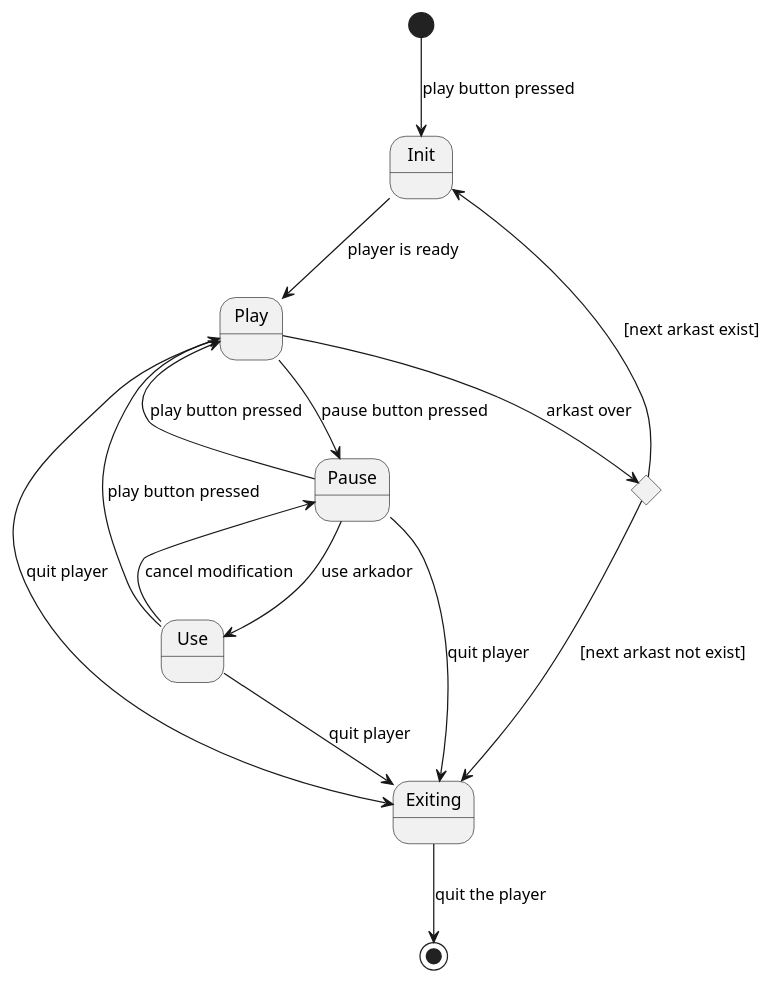
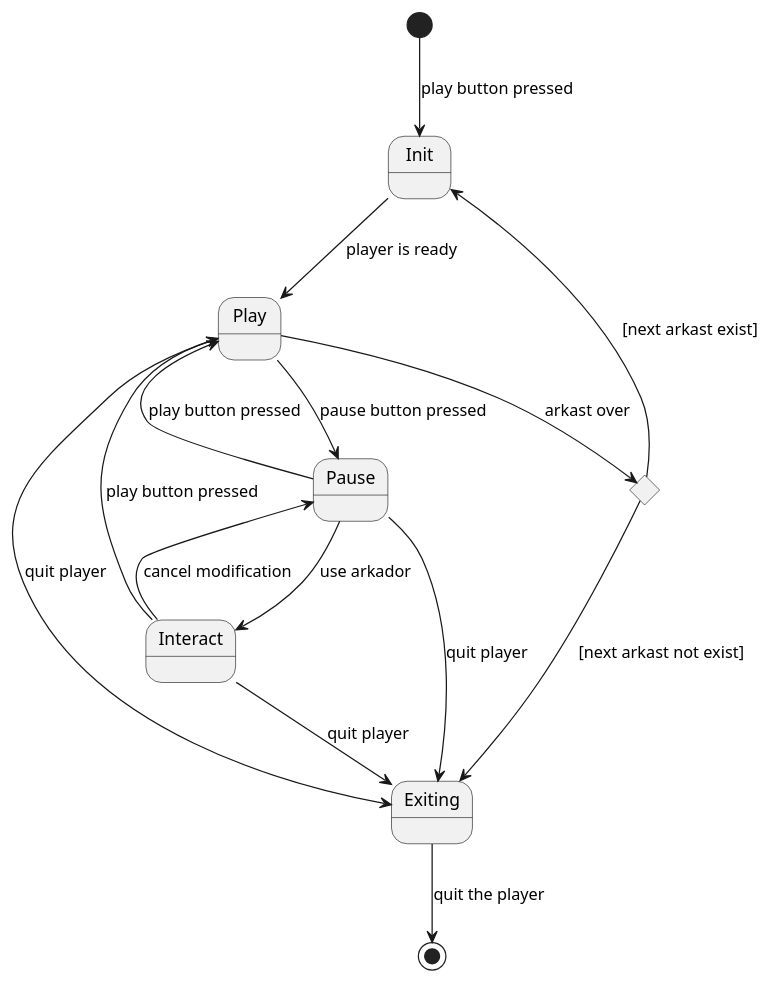
One commit to SSMM0498/arkad-conception changed the diagram in models/3.StateTransition/1.st.player.puml. Above: the diagram before and after it, drawn with PlantUML.

Commit message:
change in player use state to interact

```diff
--- a/models/3.StateTransition/1.st.player.puml
+++ b/models/3.StateTransition/1.st.player.puml
@@ -1,23 +1,23 @@
 @startuml "player state diagram"
 skinparam shadowing false
 skinparam monochrome true
 
 ' frame "st: player state diagram" {
     [*] --> Init : play button pressed
     Init --> Play : player is ready
-    Use --> Play : play button pressed
+    Interact --> Play : play button pressed
     Pause --> Play : play button pressed
     Play --> Pause : pause button pressed
-    Pause --> Use : use arkador
-    Use --> Pause : cancel modification
+    Pause --> Interact : use arkador
+    Interact --> Pause : cancel modification
     Pause --> Exiting : quit player
     Play --> Exiting : quit player
-    Use --> Exiting : quit player
+    Interact --> Exiting : quit player
     state c <<choice>>
     Play --> c : arkast over
     c --> Init : [next arkast exist]
     c --> Exiting  : [next arkast not exist]
     Exiting --> [*] : quit the player
 ' }
 
 @enduml
```
